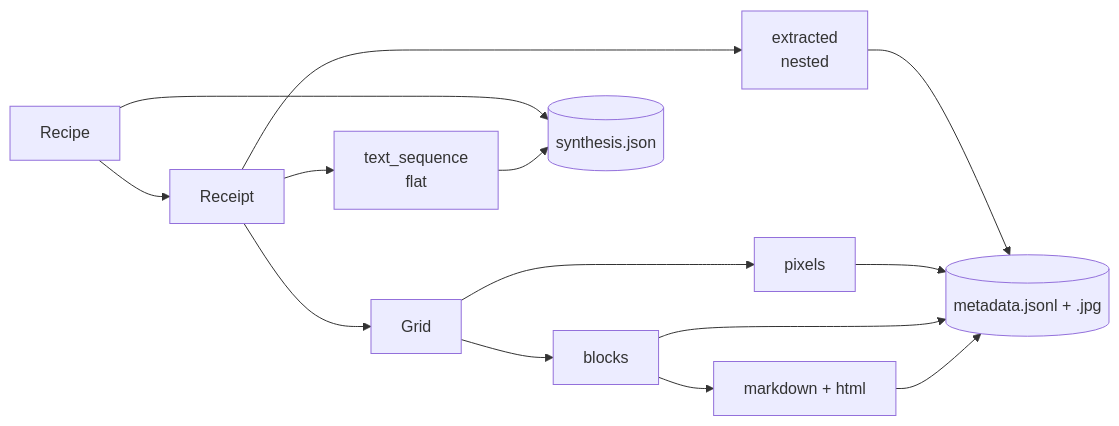
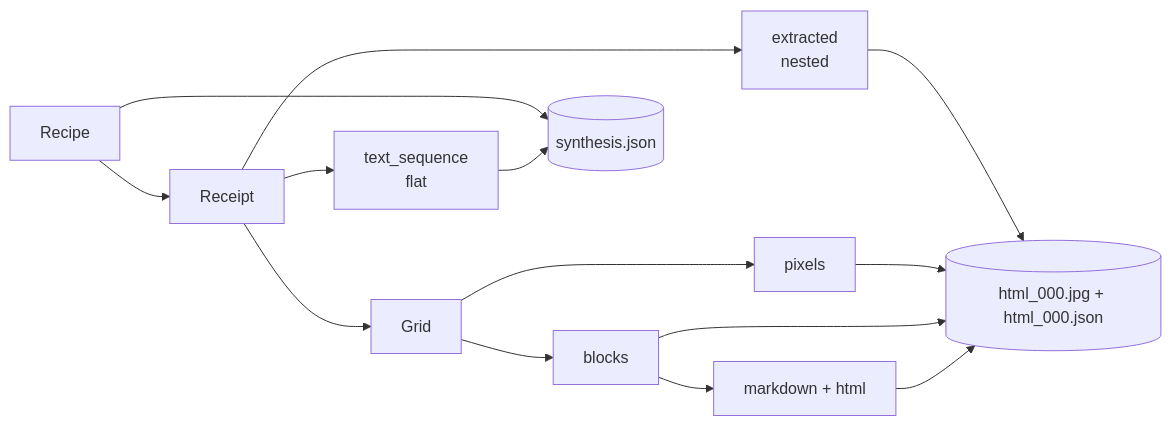
The ninth of 9 diagrams in README.md (LinhPhuong14/vlm-ocr-synthetic), drawn with Mermaid before and after one commit. The commit also changed other lines of this file and 350 other files, not shown here.

````diff
--- a/README.md
+++ b/README.md
@@ -543,12 +551,12 @@
 ```mermaid
 flowchart LR
     R["Recipe"] --> RC["Receipt"]
     RC --> GT["extracted<br/>nested"]
     RC --> TS["text_sequence<br/>flat"]
     RC --> G["Grid"]
     G --> PX["pixels"]
     G --> BX["blocks"]
     BX --> MD["markdown + html"]
-    GT & PX & BX & MD --> J[("metadata.jsonl + .jpg")]
+    GT & PX & BX & MD --> J[("html_000.jpg + html_000.json")]
     R & TS --> S[("synthesis.json")]
 ```
````
